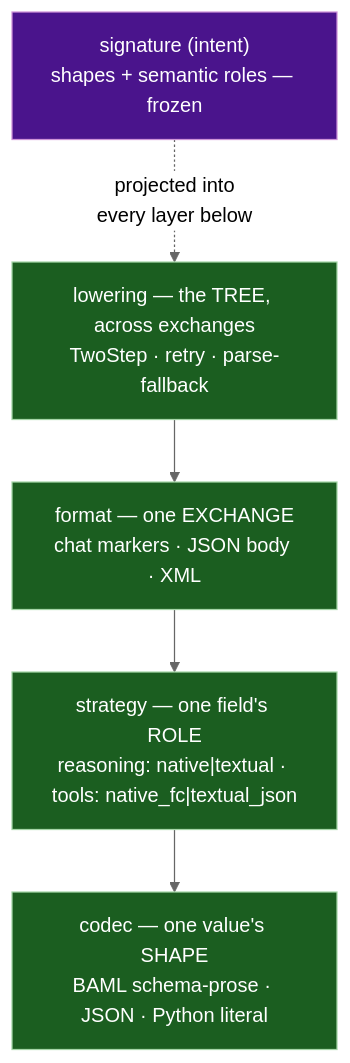
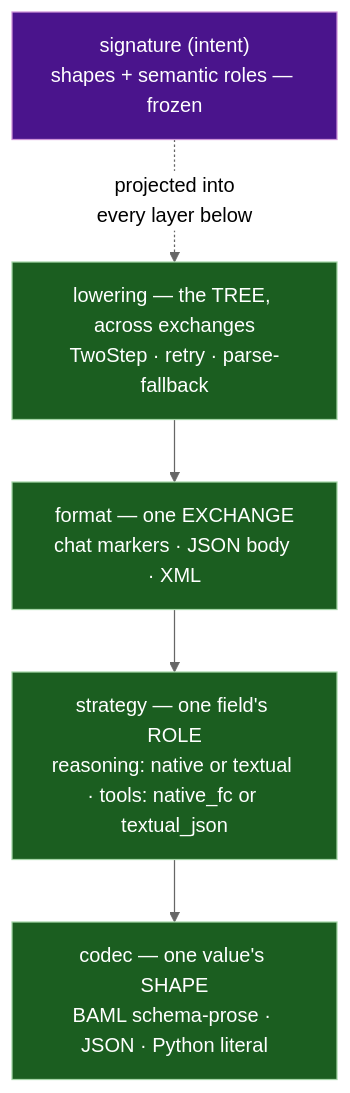
One commit to MaximeRivest/dspy changed the ninth of 11 diagrams in roadmap/IR-program-spec.md. Above: the diagram before and after it, drawn with Mermaid (neutral theme). The commit also changed other lines of this file, not shown here.

First line of the commit message:
docs(programir): fix GitHub-mermaid incompatibilities in diagrams

````diff
--- a/roadmap/IR-program-spec.md
+++ b/roadmap/IR-program-spec.md
@@ -1287,10 +1287,10 @@
 ```mermaid
 flowchart TB
   L["lowering — the TREE, across exchanges<br/>TwoStep · retry · parse-fallback"] --> F["format — one EXCHANGE<br/>chat markers · JSON body · XML"]
-  F --> S["strategy — one field's ROLE<br/>reasoning: native|textual · tools: native_fc|textual_json"]
+  F --> S["strategy — one field's ROLE<br/>reasoning: native or textual · tools: native_fc or textual_json"]
   S --> CD["codec — one value's SHAPE<br/>BAML schema-prose · JSON · Python literal"]
   INTENT["signature (intent)<br/>shapes + semantic roles — frozen"] -.->|"projected into<br/>every layer below"| L
   classDef mech fill:#1b5e20,stroke:#a5d6a7,color:#fff;
   classDef intent fill:#4a148c,stroke:#ce93d8,color:#fff;
   class L,F,S,CD mech; class INTENT intent;
 ```
````
